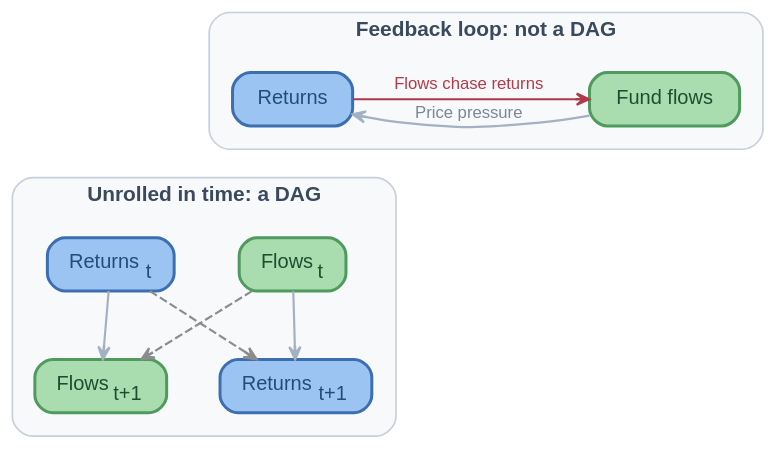
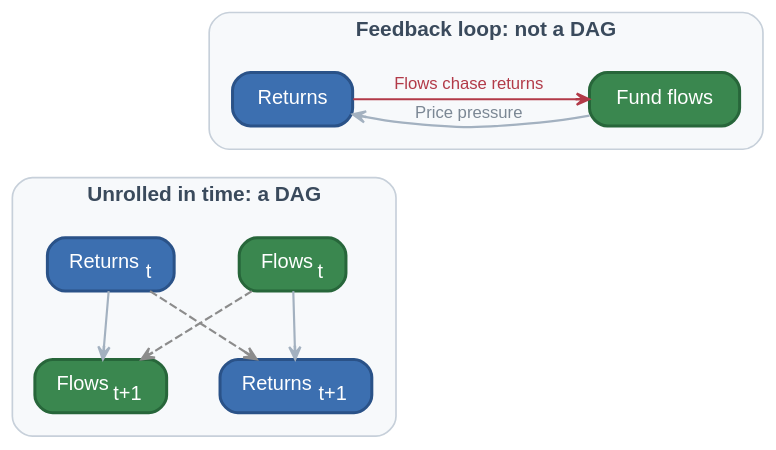
One commit to GokuHashira/gpsaggese.github.io changed the sixth of 15 diagrams in papers/Causal_Analysis_for_Finance/notes.slides.md. Above: the diagram before and after it, drawn with Graphviz. The commit also changed other lines of this file and 6 other files, not shown here.

````diff
--- a/papers/Causal_Analysis_for_Finance/notes.slides.md
+++ b/papers/Causal_Analysis_for_Finance/notes.slides.md
@@ -679,73 +724,73 @@
 ```graphviz[width=95%]
 digraph Unroll {
   // returns : blue | fund flows : green
   bgcolor="transparent";
   pad="0.15";
   splines=spline;
   nodesep=0.45;
   ranksep=0.55;
   rankdir=TB;
   newrank=true;
 
   node [shape=box,
         style="rounded,filled",
         penwidth=1.8,
         fontname="Helvetica",
         fontsize=12,
         margin="0.18,0.10",
         height=0.45];
 
   edge [color="#A3B1C0",
         penwidth=1.3,
         arrowhead=vee,
         arrowsize=0.75,
         fontname="Helvetica",
         fontsize=10,
         fontcolor="#7B8794"];
 
   subgraph cluster_loop {
     label     = "Feedback loop: not a DAG";
     labelloc  = "t";
     fontname  = "Helvetica-Bold";
     fontsize  = 12.5;
     fontcolor = "#3A4A5C";
     style     = "rounded,filled";
     fillcolor = "#F7F9FB";
     color     = "#C7D0DA";
     penwidth  = 1.0;
     margin    = 14;
 
-    F [label="Fund flows", fillcolor="#A9DDB0", color="#4F9A5C", fontcolor="#1F4E2E"];
-    R [label="Returns", fillcolor="#9CC4F2", color="#3C6FB0", fontcolor="#1F4E79"];
+    F [label="Fund flows", fillcolor="#3A874F", color="#27663A", fontcolor="#FFFFFF"];
+    R [label="Returns", fillcolor="#3C6FB0", color="#2A5288", fontcolor="#FFFFFF"];
     { rank=same; F; R; }
     F -> R [label="  Price pressure  "];
     R -> F [label="  Flows chase returns  ", color="#B23A48", fontcolor="#B23A48"];
   }
 
   subgraph cluster_unrolled {
     label     = "Unrolled in time: a DAG";
     labelloc  = "t";
     fontname  = "Helvetica-Bold";
     fontsize  = 12.5;
     fontcolor = "#3A4A5C";
     style     = "rounded,filled";
     fillcolor = "#F7F9FB";
     color     = "#C7D0DA";
     penwidth  = 1.0;
     margin    = 14;
 
-    F0 [label=<Flows<SUB>t</SUB>>, fillcolor="#A9DDB0", color="#4F9A5C", fontcolor="#1F4E2E"];
-    R0 [label=<Returns<SUB>t</SUB>>, fillcolor="#9CC4F2", color="#3C6FB0", fontcolor="#1F4E79"];
-    F1 [label=<Flows<SUB>t+1</SUB>>, fillcolor="#A9DDB0", color="#4F9A5C", fontcolor="#1F4E2E"];
-    R1 [label=<Returns<SUB>t+1</SUB>>, fillcolor="#9CC4F2", color="#3C6FB0", fontcolor="#1F4E79"];
+    F0 [label=<Flows<SUB>t</SUB>>, fillcolor="#3A874F", color="#27663A", fontcolor="#FFFFFF"];
+    R0 [label=<Returns<SUB>t</SUB>>, fillcolor="#3C6FB0", color="#2A5288", fontcolor="#FFFFFF"];
+    F1 [label=<Flows<SUB>t+1</SUB>>, fillcolor="#3A874F", color="#27663A", fontcolor="#FFFFFF"];
+    R1 [label=<Returns<SUB>t+1</SUB>>, fillcolor="#3C6FB0", color="#2A5288", fontcolor="#FFFFFF"];
     { rank=same; F0; R0; }
     { rank=same; F1; R1; }
     F0 -> R1;
     R0 -> F1;
     F0 -> F1 [style=dashed, color="#8C8C8C"];
     R0 -> R1 [style=dashed, color="#8C8C8C"];
   }
 
   R -> F0 [style=invis];
 }
 ```
````
